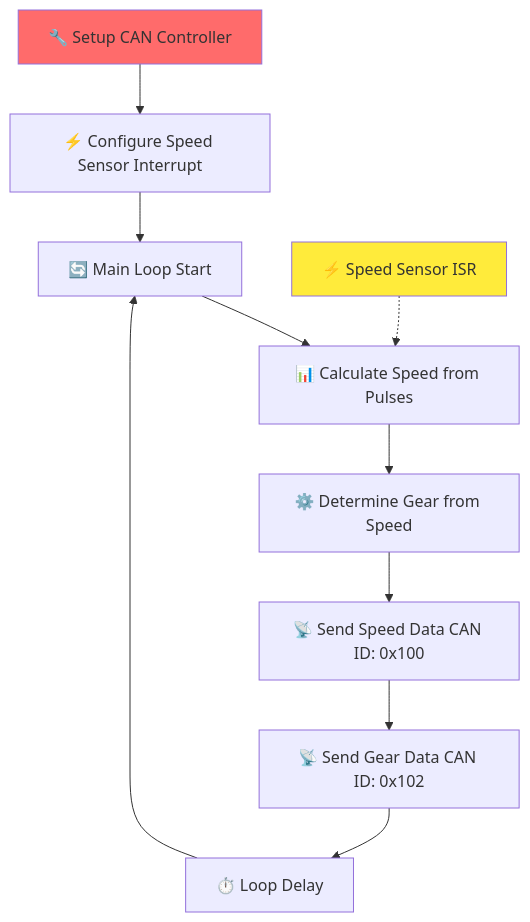
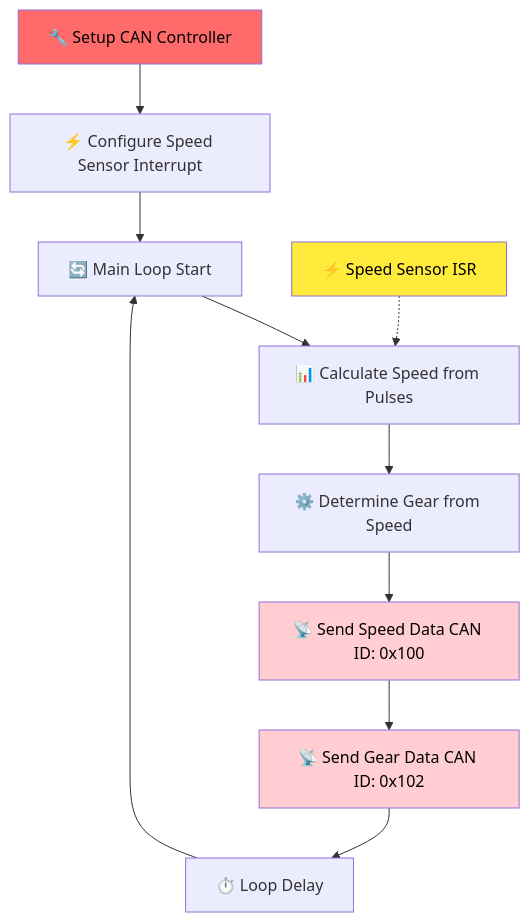
The second of 7 diagrams in README.md (saicharansathyam/Instrument-Cluster), drawn with Mermaid before and after one commit. The commit also changed other lines of this file, not shown here.

````diff
--- a/README.md
+++ b/README.md
@@ -24,17 +24,19 @@
 ```mermaid
 flowchart TD
     A[🔧 Setup CAN Controller] --> B[⚡ Configure Speed Sensor Interrupt]
     B --> C[🔄 Main Loop Start]
     
     C --> D[📊 Calculate Speed from Pulses]
     D --> E[⚙️ Determine Gear from Speed]
     E --> F[📡 Send Speed Data CAN ID: 0x100]
     F --> G[📡 Send Gear Data CAN ID: 0x102]
     G --> H[⏱️ Loop Delay]
     H --> C
     
     I[⚡ Speed Sensor ISR] -.-> D
     
-    style A fill:#ff6b6b
-    style I fill:#ffeb3b
+    style A fill:#ff6b6b,color:#000
+    style I fill:#ffeb3b,color:#000
+    style F fill:#ffcdd2,color:#000
+    style G fill:#ffcdd2,color:#000
 ```
````
